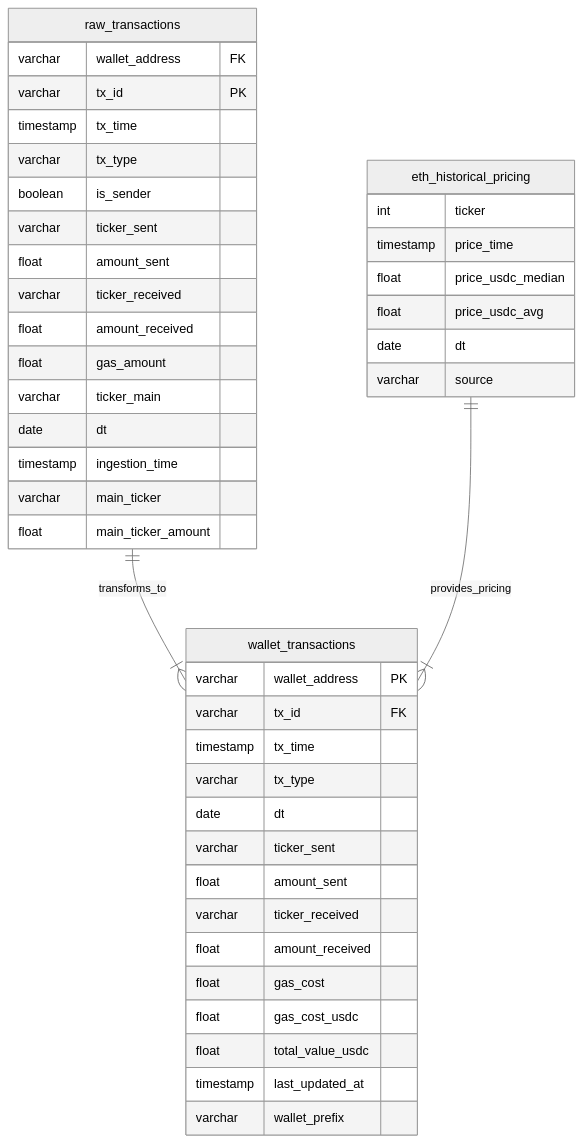
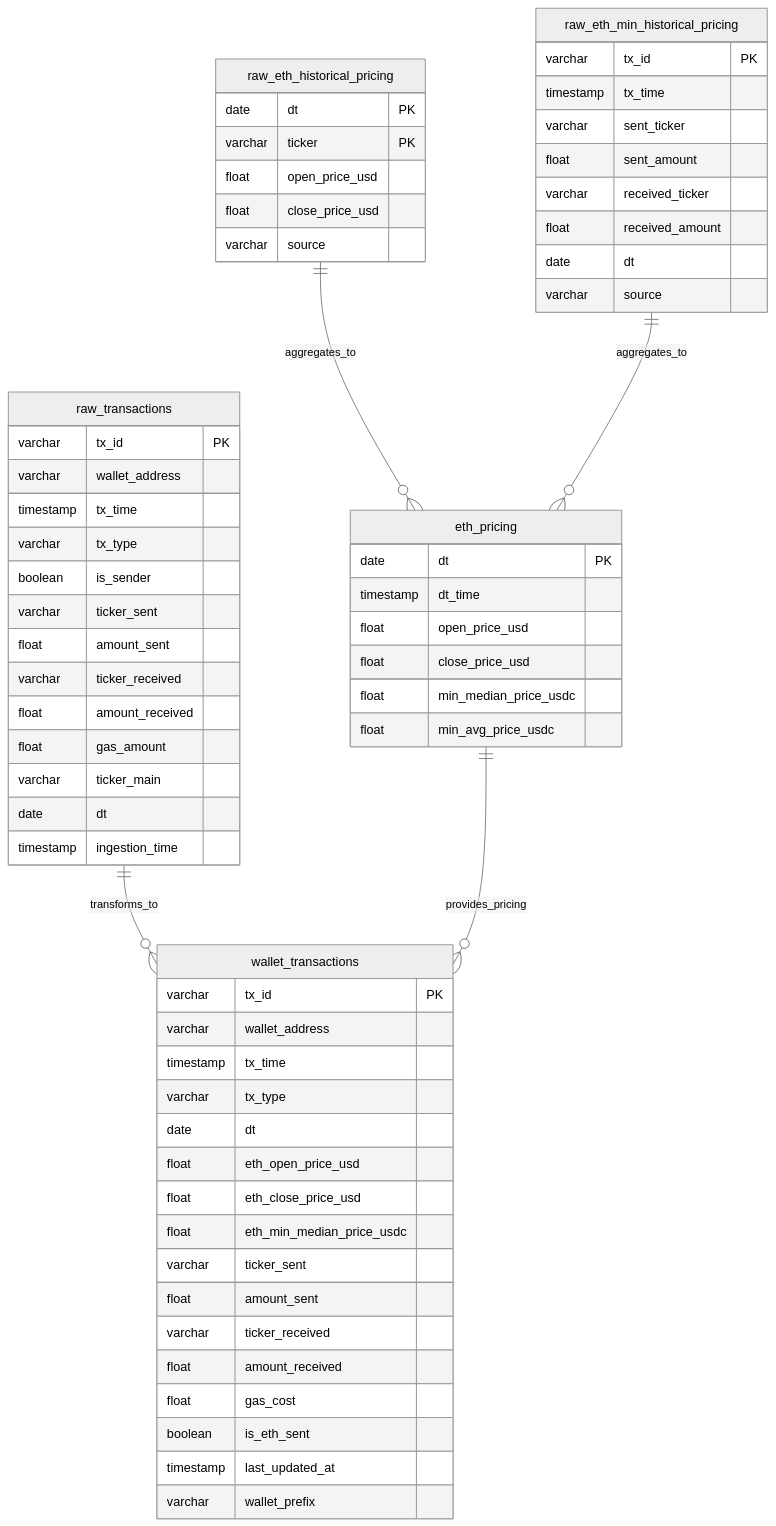
Before and after one commit to tripodoreo/ae_capstone_project: the first of 2 diagrams in README.md, drawn with Mermaid (neutral theme).

````diff
--- a/README.md
+++ b/README.md
@@ -108,51 +108,70 @@
 ```mermaid
 erDiagram
-   eth_historical_pricing {
-       int ticker
-       timestamp price_time
-       float price_usdc_median
-       float price_usdc_avg
-       date dt
-       varchar source
-   }
-   raw_transactions {
-       varchar wallet_address "FK"
-       varchar tx_id "PK"
-       timestamp tx_time
-       varchar tx_type
-       boolean is_sender
-       varchar ticker_sent
-       float amount_sent 
-       varchar ticker_received
-       float amount_received
-       float gas_amount
-       varchar ticker_main
-       date dt
-       timestamp ingestion_time
-       varchar main_ticker
-       float main_ticker_amount
-   }
-   wallet_transactions {
-       varchar wallet_address "PK"
-       varchar tx_id "FK"
-       timestamp tx_time
-       varchar tx_type
-       date dt
-       varchar ticker_sent
-       float amount_sent
-       varchar ticker_received
-       float amount_received
-       float gas_cost
-       float gas_cost_usdc
-       float total_value_usdc
-       timestamp last_updated_at
-       varchar wallet_prefix
-   }
+    raw_eth_min_historical_pricing {
+        varchar tx_id PK
+        timestamp tx_time
+        varchar sent_ticker
+        float sent_amount
+        varchar received_ticker
+        float received_amount
+        date dt
+        varchar source
+    }
 
-   raw_transactions ||--|{ wallet_transactions : "transforms_to"
-   eth_historical_pricing ||--|{ wallet_transactions : "provides_pricing"
+    raw_eth_historical_pricing {
+        date dt PK
+        varchar ticker PK
+        float open_price_usd
+        float close_price_usd
+        varchar source
+    }
 
-%% eth_historical_pricing: partitioned by [dt]
-%% raw_transactions: partitioned by [dt, ticker_main] 
-%% wallet_transactions: partitioned by [dt, wallet_prefix]
+    raw_transactions {
+        varchar tx_id PK
+        varchar wallet_address
+        timestamp tx_time
+        varchar tx_type
+        boolean is_sender
+        varchar ticker_sent
+        float amount_sent
+        varchar ticker_received
+        float amount_received
+        float gas_amount
+        varchar ticker_main
+        date dt
+        timestamp ingestion_time
+    }
+
+    eth_pricing {
+        date dt PK
+        timestamp dt_time
+        float open_price_usd
+        float close_price_usd
+        float min_median_price_usdc
+        float min_avg_price_usdc
+    }
+
+    wallet_transactions {
+        varchar tx_id PK
+        varchar wallet_address
+        timestamp tx_time
+        varchar tx_type
+        date dt
+        float eth_open_price_usd
+        float eth_close_price_usd
+        float eth_min_median_price_usdc
+        varchar ticker_sent
+        float amount_sent
+        varchar ticker_received
+        float amount_received
+        float gas_cost
+        boolean is_eth_sent
+        timestamp last_updated_at
+        varchar wallet_prefix
+    }
+
+    raw_transactions ||--o{ wallet_transactions : "transforms_to"
+    raw_eth_historical_pricing ||--o{ eth_pricing : "aggregates_to"
+    raw_eth_min_historical_pricing ||--o{ eth_pricing : "aggregates_to"
+    eth_pricing ||--o{ wallet_transactions : "provides_pricing"
 ```
````
